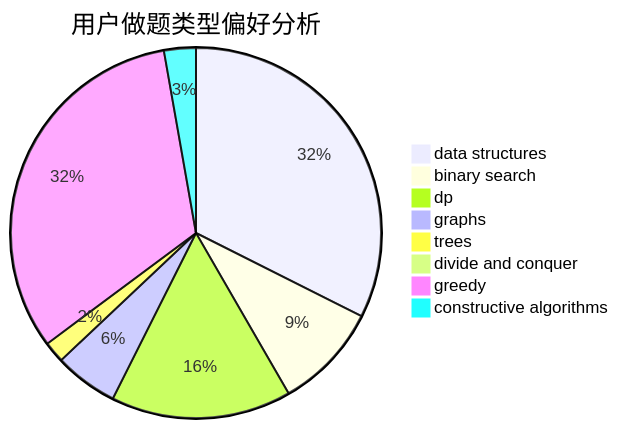
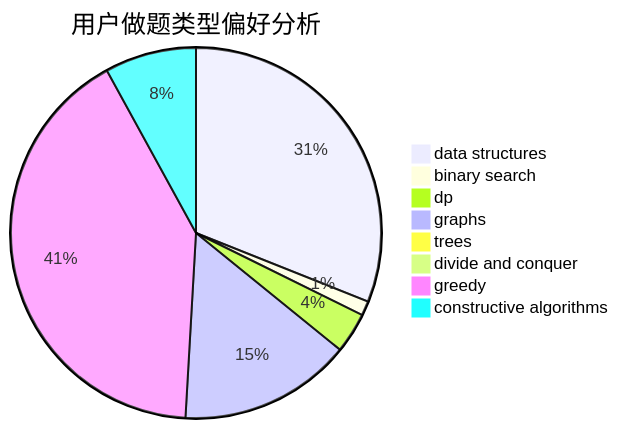
One commit to sherpahu/cfrs.github.io changed the second of 3 diagrams in docs/user/u1205.md. Above: the diagram before and after it, drawn with Mermaid. The commit also changed other lines of this file and 2770 other files, not shown here.

````diff
--- a/docs/user/u1205.md
+++ b/docs/user/u1205.md
@@ -23,11 +23,11 @@
 ```mermaid
 pie title 用户做题类型偏好分析
-    "data structures" :  35
-    "binary search" :  10
-    "dp" :  17
-    "graphs" :  6
-    "trees" :  2
+    "data structures" :  342
+    "binary search" :  14
+    "dp" :  39
+    "graphs" :  166
+    "trees" :  11
     "divide and conquer" :  0
-    "greedy" :  35
-    "constructive algorithms" :  3
+    "greedy" :  453
+    "constructive algorithms" :  88
 ```
````
